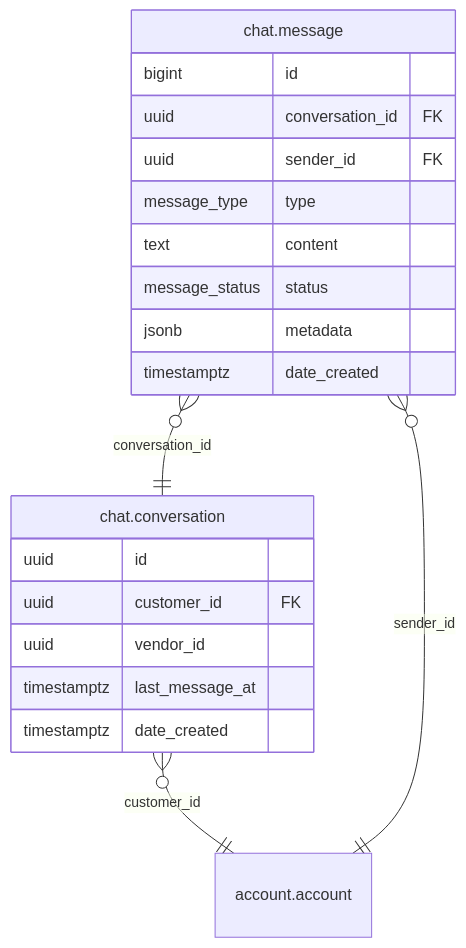
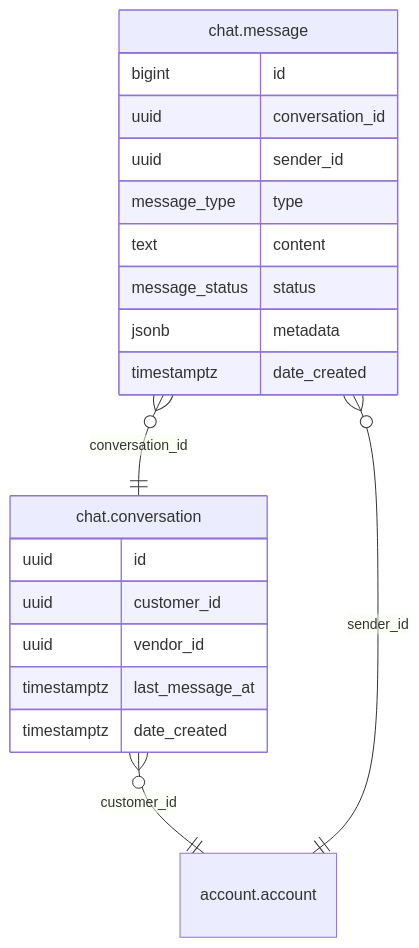
The diagram in internal/module/chat/README.md (shopnexus/shopnexus-server), drawn with Mermaid before and after one commit. The commit also changed other lines of this file and 12 other files, not shown here.

Commit message:
add generating mermaid script & update all readmes

````diff
--- a/internal/module/chat/README.md
+++ b/internal/module/chat/README.md
@@ -59,24 +11,24 @@
 ```mermaid
 erDiagram
 "chat.conversation" }o--|| "account.account" : "customer_id"
 "chat.message" }o--|| "account.account" : "sender_id"
 "chat.message" }o--|| "chat.conversation" : "conversation_id"
 
 "chat.conversation" {
   uuid id
-  uuid customer_id FK
+  uuid customer_id
   uuid vendor_id
   timestamptz last_message_at
   timestamptz date_created
 }
 "chat.message" {
   bigint id
-  uuid conversation_id FK
-  uuid sender_id FK
+  uuid conversation_id
+  uuid sender_id
   message_type type
   text content
   message_status status
   jsonb metadata
   timestamptz date_created
 }
 ```
````
